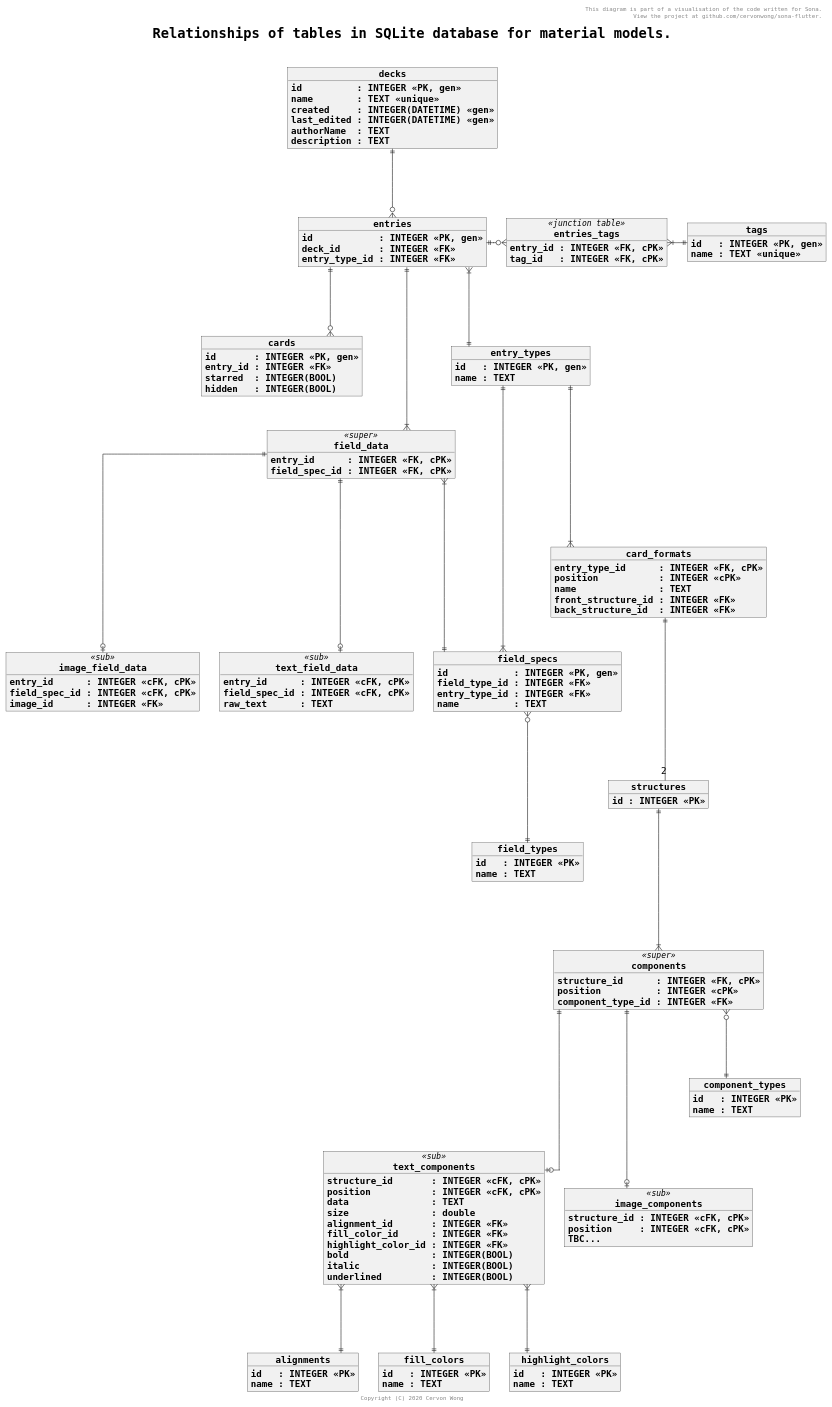
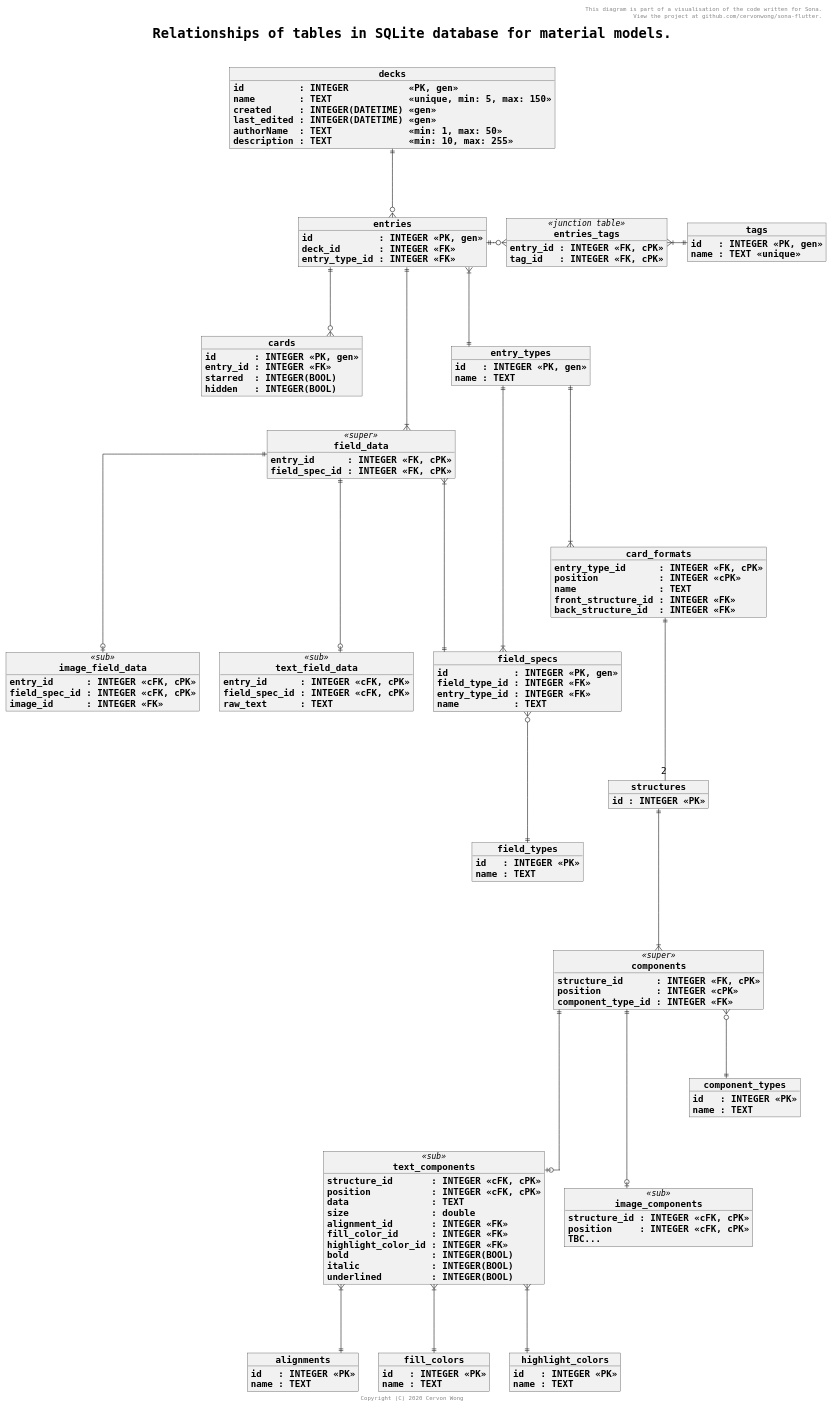
One commit to cervonwong/sona-flutter changed the diagram in puml/material_database.puml. Above: the diagram before and after it, drawn with PlantUML.

Commit message:
Docs(puml): Update decks table columns

```diff
--- a/puml/material_database.puml
+++ b/puml/material_database.puml
@@ -1,164 +1,165 @@
 @startuml
 
+skinparam wrapWidth 1000
 skinparam defaultFontName Monospaced
 skinparam objectAttributeFontName Monospaced
 skinparam objectStereotypeFontName Monospaced
 skinparam defaultFontSize 16
 skinparam objectFontSize 16
 skinparam objectStereotypeFontSize 14
 skinparam titleFontSize 24
 skinparam titleFontStyle bold
 skinparam objectFontStyle bold
 skinparam linetype ortho
 skinparam shadowing false
 
 header This diagram is part of a visualisation of the code written for Sona.\n View the project at github.com/cervonwong/sona-flutter.
 title Relationships of tables in SQLite database for material models.\n
 footer Copyright (C) 2020 Cervon Wong
 
 object decks {
-	id          : INTEGER <<PK, gen>>
-	name        : TEXT <<unique>>
+	id          : INTEGER           <<PK, gen>>
+	name        : TEXT              <<unique, min: 5, max: 150>>
 	created     : INTEGER(DATETIME) <<gen>>
 	last_edited : INTEGER(DATETIME) <<gen>>
-	authorName  : TEXT
-	description : TEXT
+	authorName  : TEXT              <<min: 1, max: 50>>
+	description : TEXT              <<min: 10, max: 255>>
 }
 
 object entries {
 	id            : INTEGER <<PK, gen>>
 	deck_id       : INTEGER <<FK>>
 	entry_type_id : INTEGER <<FK>>
 }
 
 object cards {
 	id       : INTEGER <<PK, gen>>
 	entry_id : INTEGER <<FK>>
 	starred  : INTEGER(BOOL)
 	hidden   : INTEGER(BOOL)
 }
 
 object tags {
 	id   : INTEGER <<PK, gen>>
 	name : TEXT <<unique>>
 }
 
 object entries_tags <<junction table>> {
 	entry_id : INTEGER <<FK, cPK>>
 	tag_id   : INTEGER <<FK, cPK>>
 }
 
 object field_specs {
 	id            : INTEGER <<PK, gen>>
 	field_type_id : INTEGER <<FK>>
 	entry_type_id : INTEGER <<FK>>
 	name          : TEXT
 }
 
 object field_types {
 	id   : INTEGER <<PK>>
 	name : TEXT
 }
 
 object field_data <<super>> {
 	entry_id      : INTEGER <<FK, cPK>>
     field_spec_id : INTEGER <<FK, cPK>>
     ' Get field_type_id from field_specs table.
 }
 
 object text_field_data <<sub>> {
 	entry_id      : INTEGER <<cFK, cPK>>
     field_spec_id : INTEGER <<cFK, cPK>>
 	raw_text      : TEXT
 }
 
 object image_field_data <<sub>> {
 	entry_id      : INTEGER <<cFK, cPK>>
     field_spec_id : INTEGER <<cFK, cPK>>
 	image_id      : INTEGER <<FK>>
 }
 
 object entry_types {
 	id   : INTEGER <<PK, gen>>
 	name : TEXT
 }
 
 object card_formats {
 	entry_type_id      : INTEGER <<FK, cPK>>
 	position           : INTEGER <<cPK>>
 	name               : TEXT
 	front_structure_id : INTEGER <<FK>>
 	back_structure_id  : INTEGER <<FK>>
 }
 
 object structures {
 	id : INTEGER <<PK>>
 }
 
 object components <<super>> {
 	structure_id      : INTEGER <<FK, cPK>>
 	position          : INTEGER <<cPK>>
 	component_type_id : INTEGER <<FK>>
 }
 
 object text_components <<sub>> {
 	structure_id       : INTEGER <<cFK, cPK>>
 	position           : INTEGER <<cFK, cPK>>
 	data               : TEXT
 	size               : double
 	alignment_id       : INTEGER <<FK>>
 	fill_color_id      : INTEGER <<FK>>
 	highlight_color_id : INTEGER <<FK>>
 	bold               : INTEGER(BOOL)
 	italic             : INTEGER(BOOL)
 	underlined         : INTEGER(BOOL)
 }
 
 object alignments {
 	id   : INTEGER <<PK>>
 	name : TEXT
 }
 
 object fill_colors {
 	id   : INTEGER <<PK>>
 	name : TEXT
 }
 
 object highlight_colors {
 	id   : INTEGER <<PK>>
 	name : TEXT
 }
 
 object image_components <<sub>> {
 	structure_id : INTEGER <<cFK, cPK>>
     position     : INTEGER <<cFK, cPK>>
     TBC...
 }
 
 object component_types {
 	id   : INTEGER <<PK>>
 	name : TEXT
 }
 
 decks           ||---o{    entries
 entries         ||---o{    cards
 entries         ||-o{      entries_tags
 entries_tags    }|-||      tags
 field_specs     }o----||   field_types
 field_data      ||----o|   text_field_data
 field_data      ||----o|   image_field_data
 field_data      }|----||   field_specs
 entries         ||----|{   field_data
 entries         }|---||    entry_types
 entry_types     ||----|{   field_specs
 entry_types     ||----|{   card_formats
 card_formats    ||---- "2" structures
 structures      ||----|{   components
 components      }o---||    component_types
 components      ||----o|   text_components
 components      ||----o|   image_components
 text_components }|---||    alignments
 text_components }|---||    fill_colors
 text_components }|---||    highlight_colors
 
 @enduml
```
